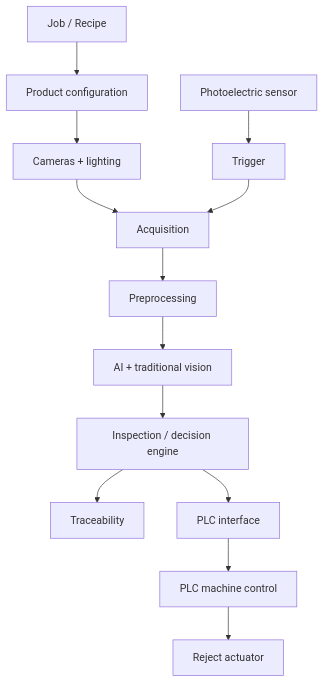
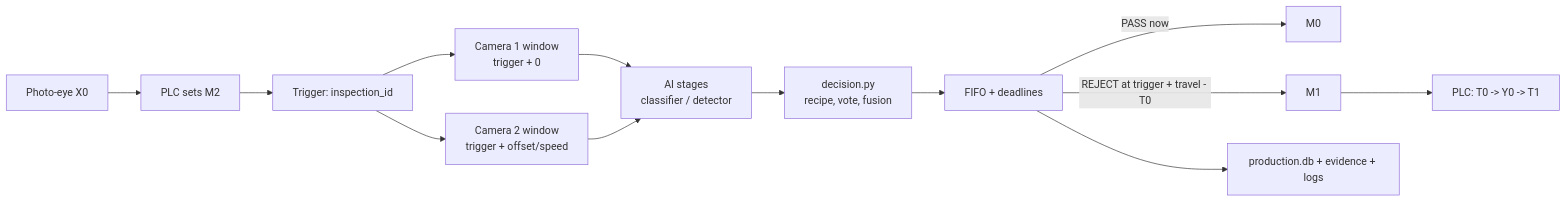
The diagram in README.md (ombhagwat18/ABVIS_PROJECT_BETA2.0), drawn with Mermaid before and after one commit. The commit also changed other lines of this file and 31 other files, not shown here.

````diff
--- a/README.md
+++ b/README.md
@@ -111,15 +25,15 @@
 ```mermaid
-flowchart TB
-    JOB[Job / Recipe] --> CFG[Product configuration]
-    CFG --> CAM[Cameras + lighting]
-    SEN[Photoelectric sensor] --> TRG[Trigger]
-    CAM --> ACQ[Acquisition]
-    TRG --> ACQ
-    ACQ --> PRE[Preprocessing]
-    PRE --> AI[AI + traditional vision]
-    AI --> DEC[Inspection / decision engine]
-    DEC --> TRC[Traceability]
-    DEC --> PLCI[PLC interface]
-    PLCI --> PLC[PLC machine control]
-    PLC --> REJ[Reject actuator]
+flowchart LR
+    X0[Photo-eye X0] --> M2[PLC sets M2]
+    M2 --> T[Trigger: inspection_id]
+    T --> C1[Camera 1 window<br/>trigger + 0]
+    T --> C2[Camera 2 window<br/>trigger + offset/speed]
+    C1 --> AI[AI stages<br/>classifier / detector]
+    C2 --> AI
+    AI --> D[decision.py<br/>recipe, vote, fusion]
+    D --> F[FIFO + deadlines]
+    F -->|PASS now| M0[M0]
+    F -->|REJECT at trigger + travel - T0| M1[M1]
+    M1 --> Y0[PLC: T0 -> Y0 -> T1]
+    F --> H[production.db + evidence + logs]
 ```
````
